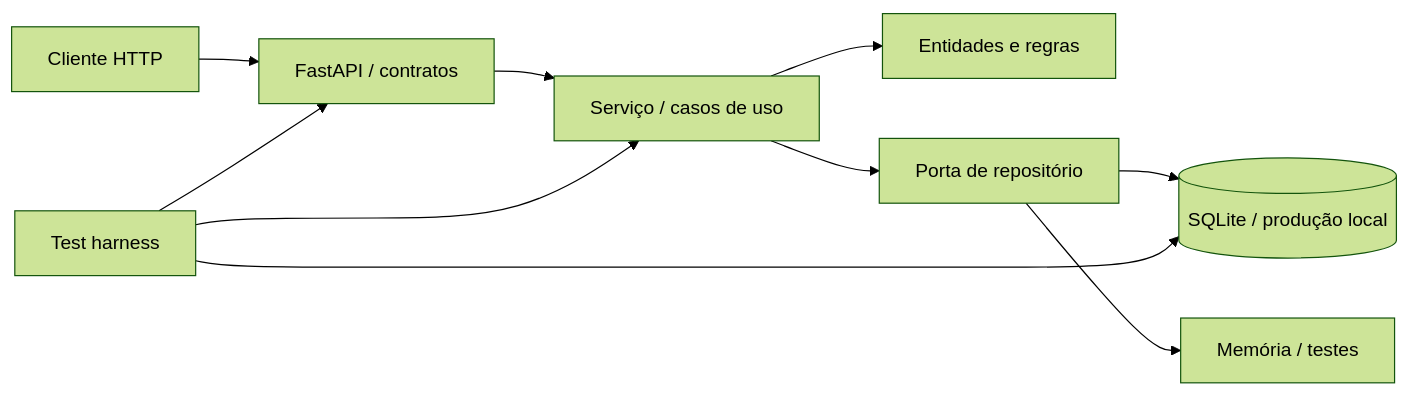
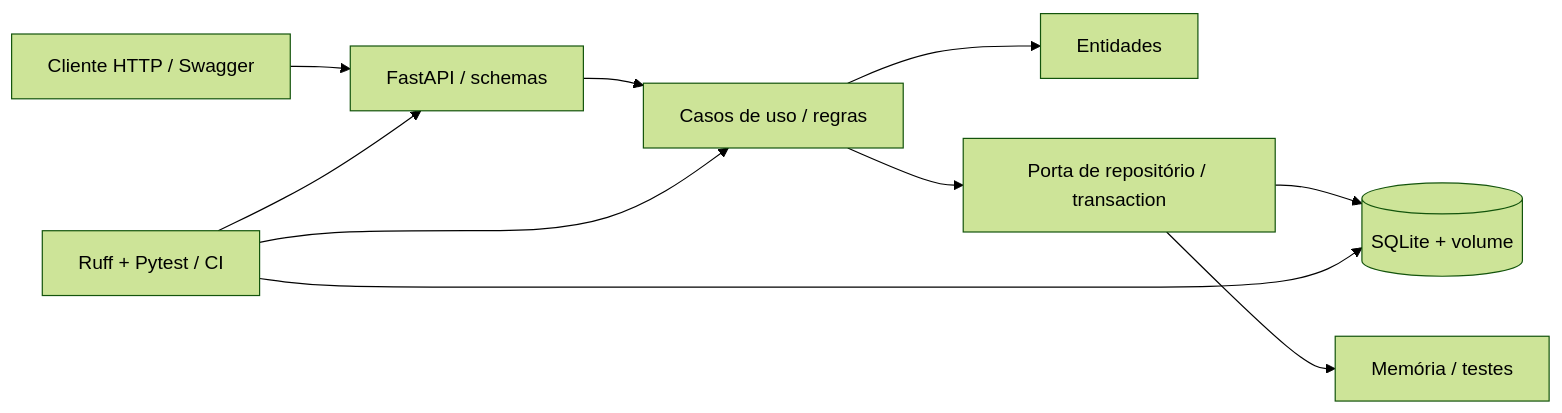
Before and after one commit to MorimFr/entrega-inicial: the first of 2 diagrams in README.md, drawn with Mermaid (forest theme). The commit also changed other lines of this file and 44 other files, not shown here.

````diff
--- a/README.md
+++ b/README.md
@@ -30,12 +126,12 @@
 ```mermaid
 flowchart LR
-    Client[Cliente HTTP] --> API[FastAPI / contratos]
-    API --> Service[Serviço / casos de uso]
-    Service --> Domain[Entidades e regras]
-    Service --> Port[Porta de repositório]
-    Port --> SQLite[(SQLite / produção local)]
-    Port --> Memory[Memória / testes]
-    Tests[Test harness] --> API
-    Tests --> Service
-    Tests --> SQLite
+    Cliente[Cliente HTTP / Swagger] --> API[FastAPI / schemas]
+    API --> Servico[Casos de uso / regras]
+    Servico --> Dominio[Entidades]
+    Servico --> Porta[Porta de repositório / transaction]
+    Porta --> SQLite[(SQLite + volume)]
+    Porta --> Memoria[Memória / testes]
+    Harness[Ruff + Pytest / CI] --> API
+    Harness --> Servico
+    Harness --> SQLite
 ```
````
